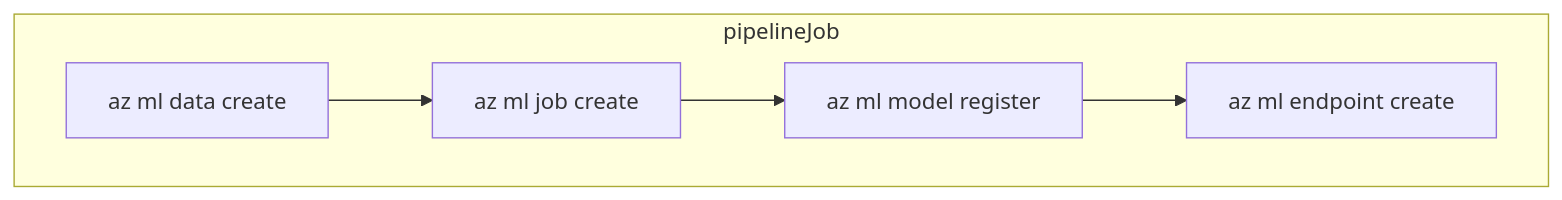
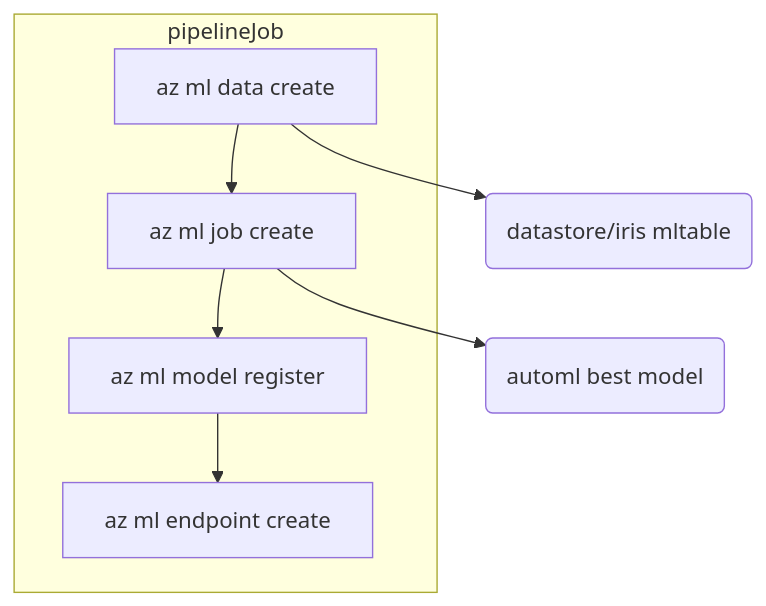
The second of 2 diagrams in README.md (Kyrsang/Azure-ML-automation-research), drawn with Mermaid before and after one commit.

````diff
--- a/README.md
+++ b/README.md
@@ -37,13 +37,19 @@
 ```mermaid
 flowchart TD
     subgraph pipelineJob
         A[az ml data create]
         B[az ml job create]
         C[az ml model register]
         D[az ml endpoint create]
     end 
 
+    E(datastore/iris mltable)
+    F(automl best model)
+
     A --> B 
     B --> C 
     C --> D
+
+    A --> E
+    B --> F
 ```
````
